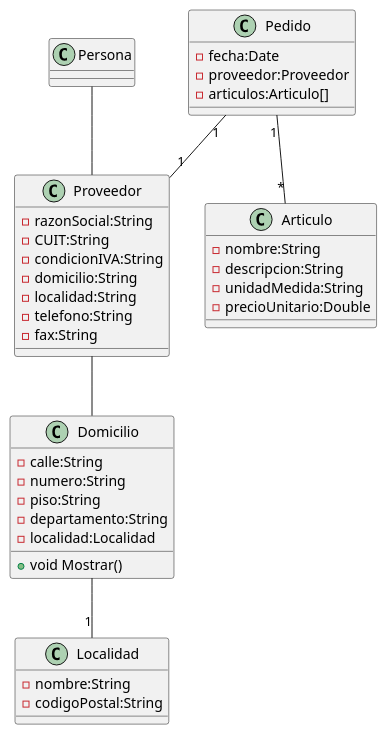
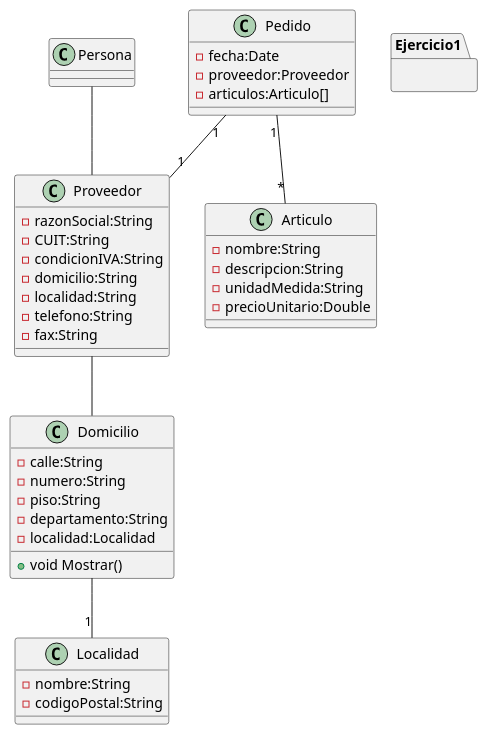
One commit to SecondPort/DOO1 changed the diagram in Java/src/Ejercicio1.puml. Above: the diagram before and after it, drawn with PlantUML. The commit also changed 1 other file, not shown here.

```diff
--- a/Java/src/Ejercicio1.puml
+++ b/Java/src/Ejercicio1.puml
@@ -1,44 +1,47 @@
 @startuml
 class Proveedor {
     -razonSocial:String
     -CUIT:String
     -condicionIVA:String
     -domicilio:String
     -localidad:String
     -telefono:String
     -fax:String
 }
 
 class Articulo {
     -nombre:String
     -descripcion:String
     -unidadMedida:String
     -precioUnitario:Double
 }
 
 class Pedido {
     -fecha:Date
     -proveedor:Proveedor
     -articulos:Articulo[]
 }
 class Localidad {
     -nombre:String
     -codigoPostal:String
 }
 
 class Domicilio {
     -calle:String
     -numero:String
     -piso:String
     -departamento:String
     -localidad:Localidad
     +void Mostrar()
 }
 
+package Ejercicio1 {
+}
+
 Pedido "1" -- "*" Articulo
 Pedido "1" -- "1" Proveedor
 Domicilio -- "1" Localidad
 Proveedor -up- Persona
 Proveedor -- Domicilio
 
 @enduml
```
